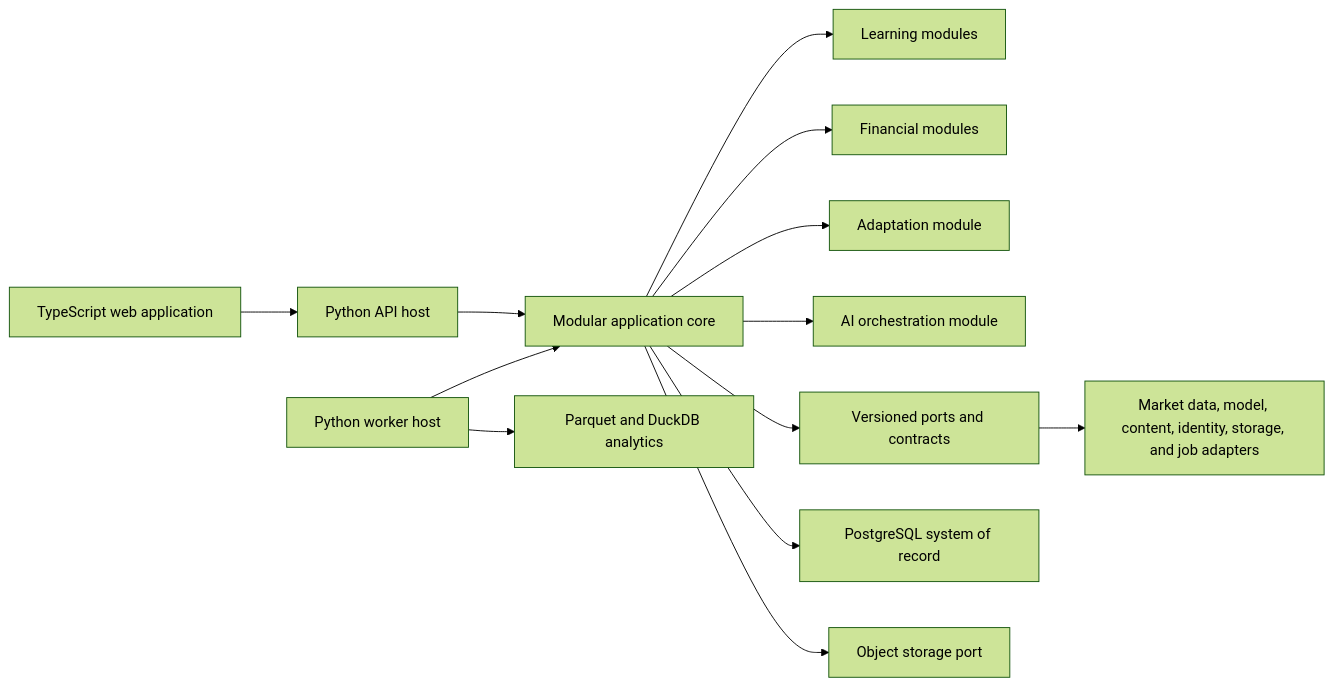
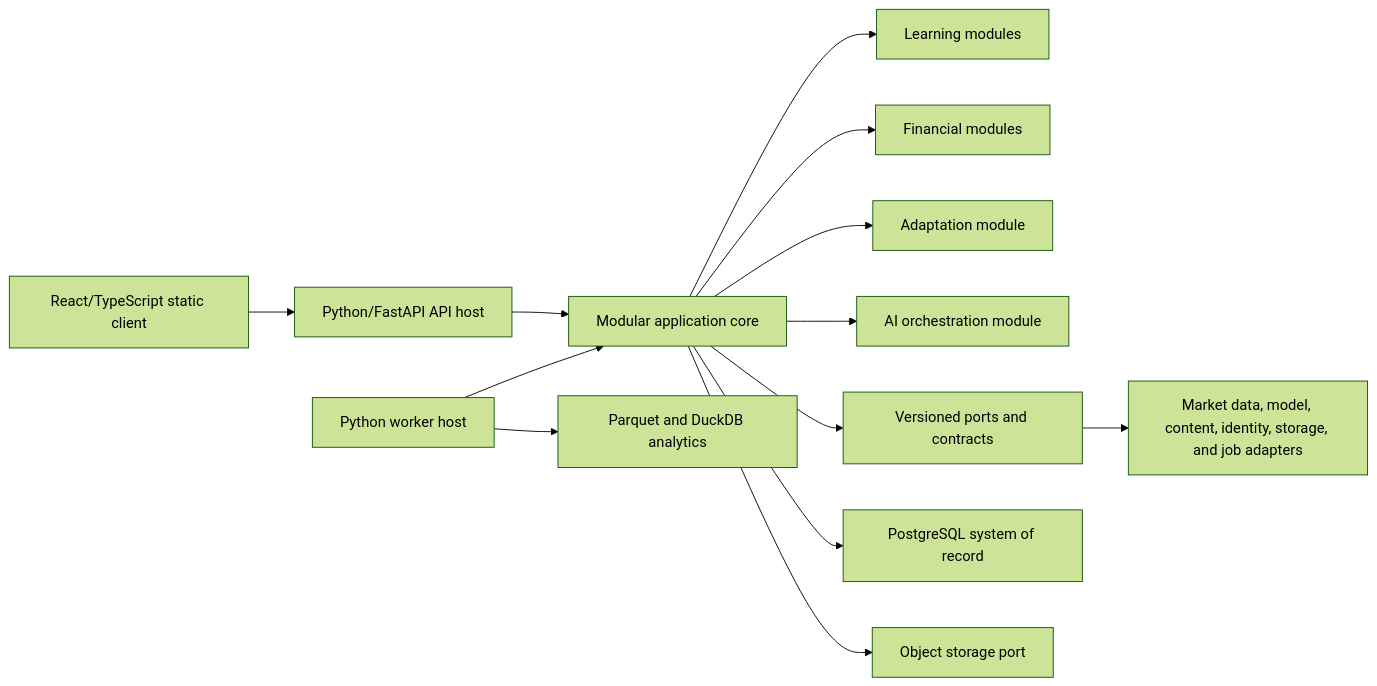
The diagram in docs/architecture/system/system-overview.md (jeffreywallphd-ai/financial-ai-academy), drawn with Mermaid (forest theme) before and after one commit. The commit also changed other lines of this file and 5246 other files, not shown here.

````diff
--- a/docs/architecture/system/system-overview.md
+++ b/docs/architecture/system/system-overview.md
@@ -9,18 +9,18 @@
 ```mermaid
 flowchart LR
-    WEB["TypeScript web application"] --> API["Python API host"]
+    WEB["React/TypeScript static client"] --> API["Python/FastAPI API host"]
     API --> CORE["Modular application core"]
     WORKER["Python worker host"] --> CORE
 
     CORE --> LEARN["Learning modules"]
     CORE --> FIN["Financial modules"]
     CORE --> ADAPT["Adaptation module"]
     CORE --> AI["AI orchestration module"]
 
     CORE --> PORTS["Versioned ports and contracts"]
     PORTS --> PROVIDERS["Market data, model, content, identity, storage, and job adapters"]
 
     CORE --> PG["PostgreSQL system of record"]
     WORKER --> ANALYTICS["Parquet and DuckDB analytics"]
     CORE --> OBJECTS["Object storage port"]
 ```
````
